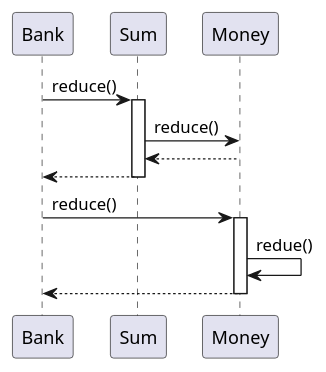
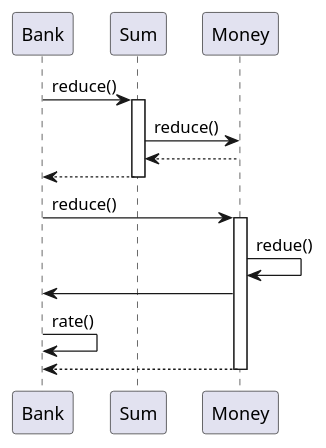
One commit to k2works/etude_for_java changed the second of 2 diagrams in docs/src/TDD.md. Above: the diagram before and after it, drawn with PlantUML. The commit also changed 4 other files, not shown here.

````diff
--- a/docs/src/TDD.md
+++ b/docs/src/TDD.md
@@ -86,13 +86,15 @@
 ```puml
 Bank -> Sum :reduce()
 activate Sum  
   Sum -> Money :reduce()  
   Sum <-- Money
   Bank <-- Sum  
 deactivate Sum
 Bank -> Money :reduce()  
 activate Money
   Money -> Money :redue()
+  Money -> Bank
+  Bank -> Bank :rate()
   Money --> Bank
 deactivate Money
 ```
````
